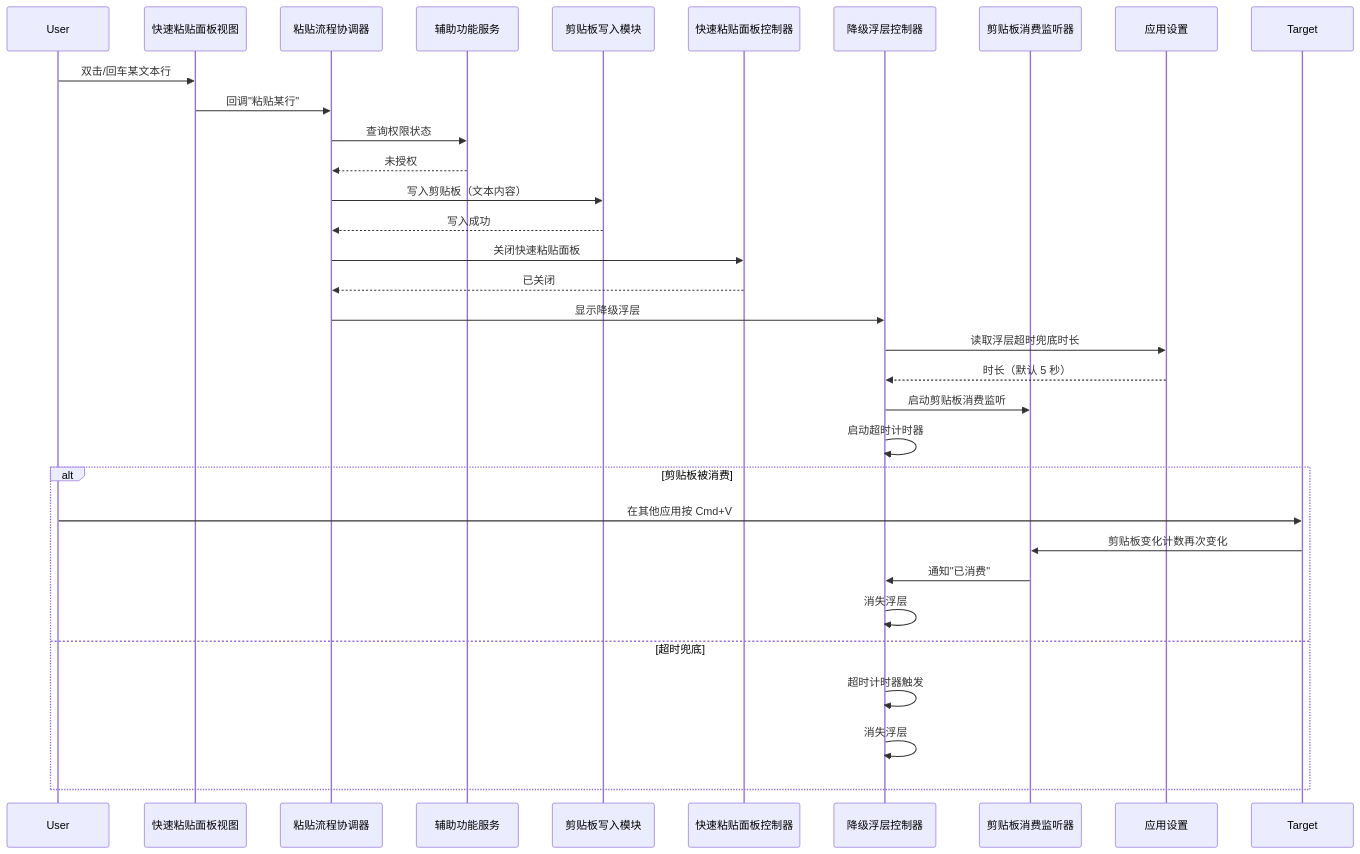
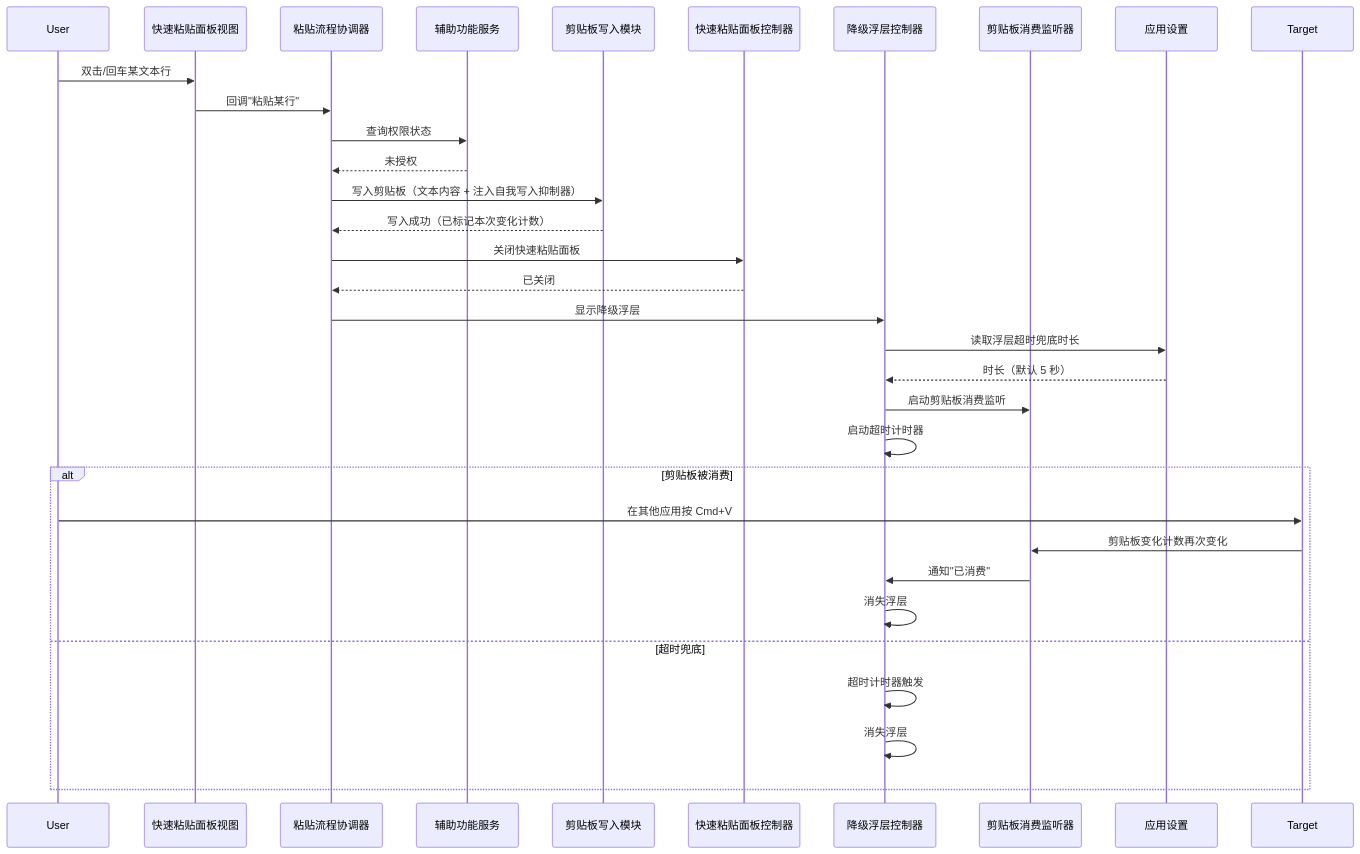
One commit to marcocpt/ClipMind changed the fourth of 10 diagrams in docs/planning/P0/F1/F1.9_快捷粘贴面板_设计文档.md. Above: the diagram before and after it, drawn with Mermaid. The commit also changed other lines of this file and 5 other files, not shown here.

````diff
--- a/docs/planning/P0/F1/F1.9_快捷粘贴面板_设计文档.md
+++ b/docs/planning/P0/F1/F1.9_快捷粘贴面板_设计文档.md
@@ -313,36 +317,36 @@
 ```mermaid
 sequenceDiagram
     participant User
     participant View as 快速粘贴面板视图
     participant Coord as 粘贴流程协调器
     participant Access as 辅助功能服务
     participant Writer as 剪贴板写入模块
     participant Panel as 快速粘贴面板控制器
     participant Overlay as 降级浮层控制器
     participant Watcher as 剪贴板消费监听器
     participant Settings as 应用设置
 
     User->>View: 双击/回车某文本行
     View->>Coord: 回调"粘贴某行"
     Coord->>Access: 查询权限状态
     Access-->>Coord: 未授权
-    Coord->>Writer: 写入剪贴板（文本内容）
-    Writer-->>Coord: 写入成功
+    Coord->>Writer: 写入剪贴板（文本内容 + 注入自我写入抑制器）
+    Writer-->>Coord: 写入成功（已标记本次变化计数）
     Coord->>Panel: 关闭快速粘贴面板
     Panel-->>Coord: 已关闭
     Coord->>Overlay: 显示降级浮层
     Overlay->>Settings: 读取浮层超时兜底时长
     Settings-->>Overlay: 时长（默认 5 秒）
     Overlay->>Watcher: 启动剪贴板消费监听
     Overlay->>Overlay: 启动超时计时器
 
     alt 剪贴板被消费
         User->>Target: 在其他应用按 Cmd+V
         Target->>Watcher: 剪贴板变化计数再次变化
         Watcher->>Overlay: 通知"已消费"
         Overlay->>Overlay: 消失浮层
     else 超时兜底
         Overlay->>Overlay: 超时计时器触发
         Overlay->>Overlay: 消失浮层
     end
 ```
````
